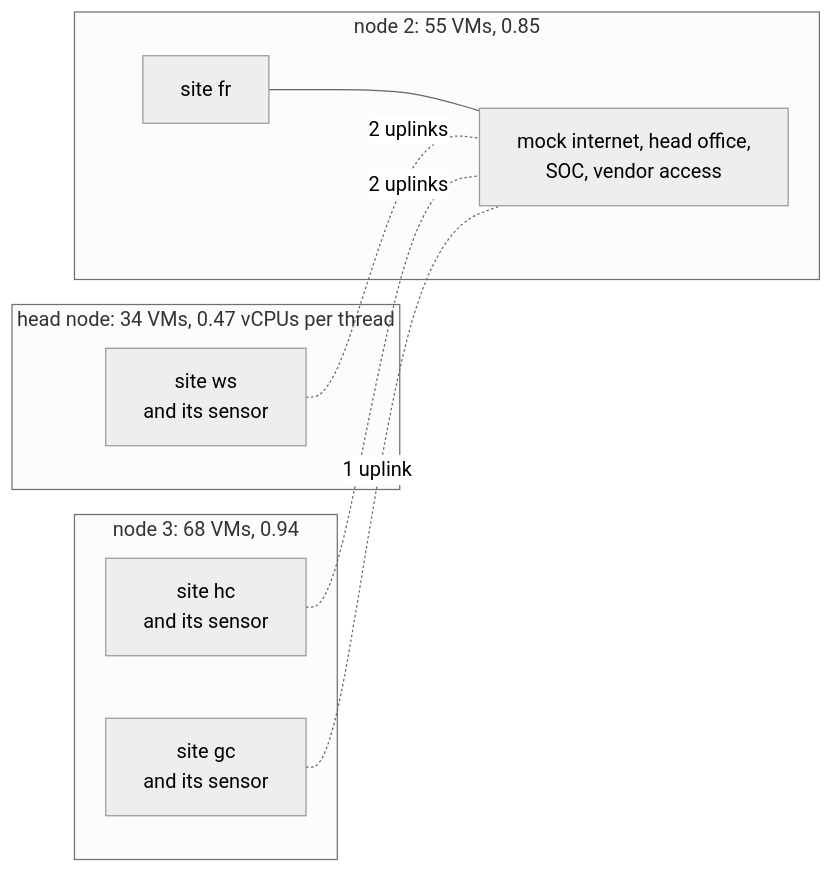
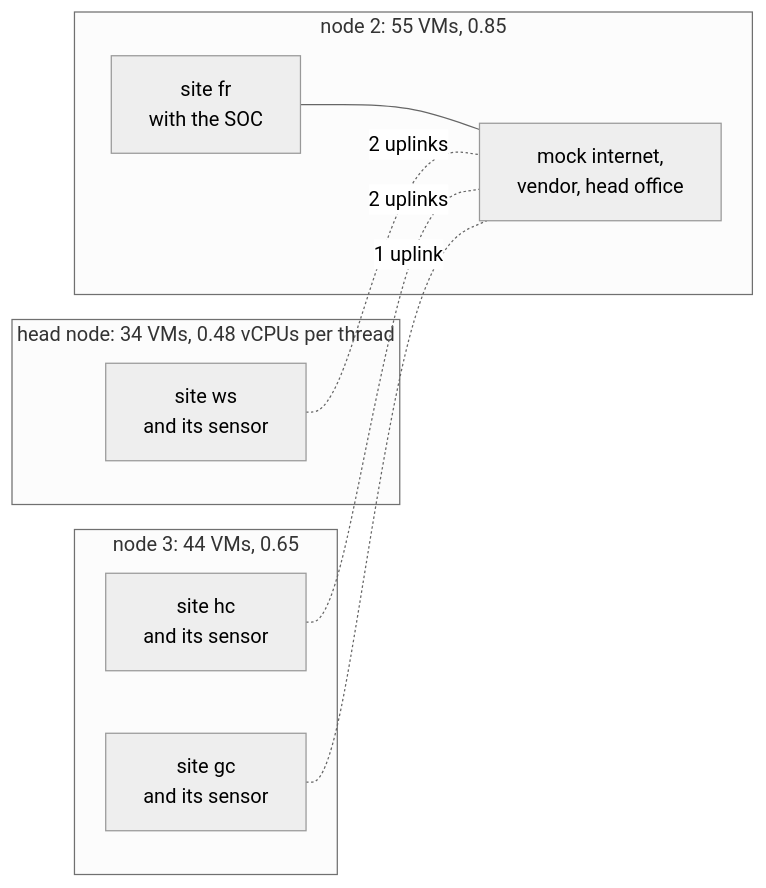
Before and after one commit to GhostofGoes/brew: the seventh of 10 diagrams in docs/multisite/PLANS.md, drawn with Mermaid (neutral theme). The commit also changed other lines of this file and 15 other files, not shown here.

````diff
--- a/docs/multisite/PLANS.md
+++ b/docs/multisite/PLANS.md
@@ -575,18 +748,18 @@
 ```mermaid
 flowchart LR
-  subgraph N1["head node: 34 VMs, 0.47 vCPUs per thread"]
+  subgraph N1["head node: 34 VMs, 0.48 vCPUs per thread"]
     WS["site ws<br/>and its sensor"]
   end
   subgraph N2["node 2: 55 VMs, 0.85"]
-    FR["site fr"]
-    ONCE["mock internet, head office,<br/>SOC, vendor access"]
+    FR["site fr<br/>with the SOC"]
+    ONCE["mock internet,<br/>vendor, head office"]
   end
-  subgraph N3["node 3: 68 VMs, 0.94"]
+  subgraph N3["node 3: 44 VMs, 0.65"]
+    GC["site gc<br/>and its sensor"]
     HC["site hc<br/>and its sensor"]
-    GC["site gc<br/>and its sensor"]
   end
   FR --- ONCE
   WS -. "2 uplinks" .- ONCE
   HC -. "2 uplinks" .- ONCE
   GC -. "1 uplink" .- ONCE
 ```
````
